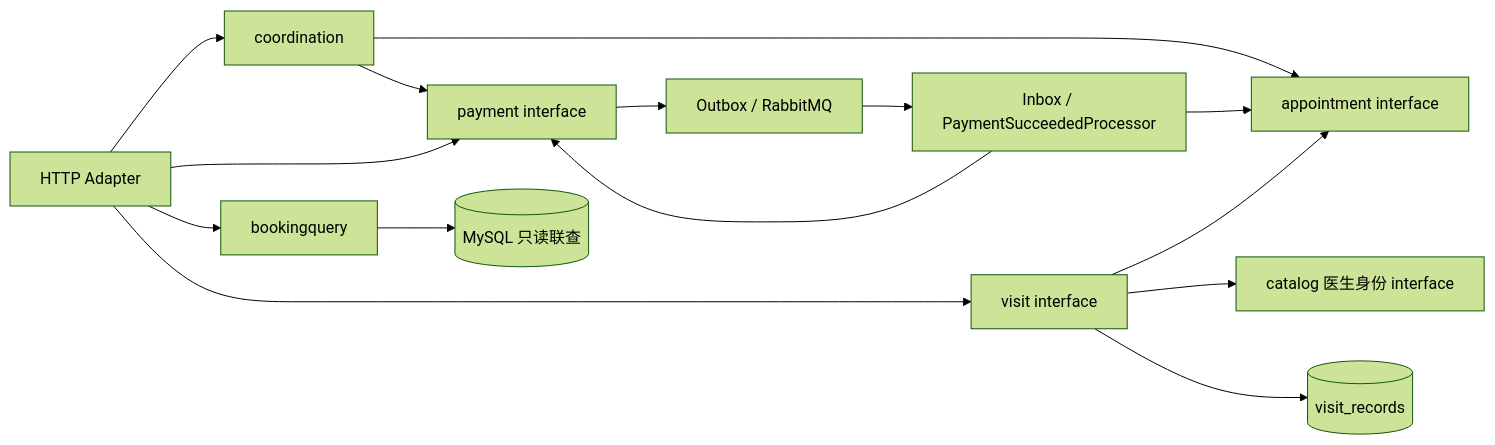
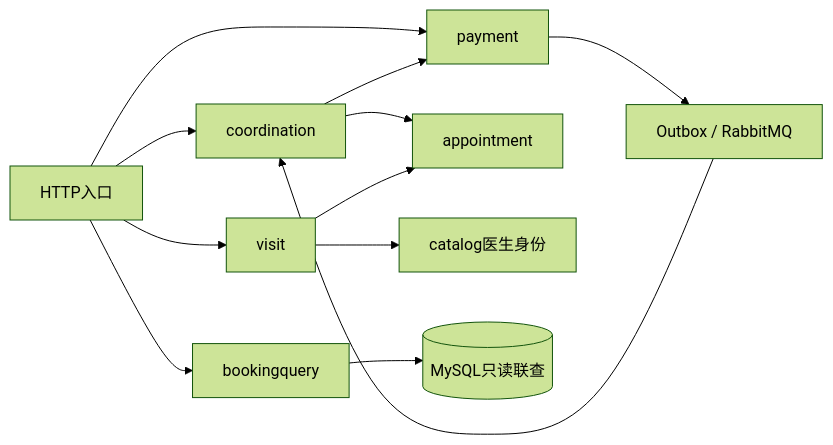
Before and after one commit to qsx-java321/appoint: the diagram in docs/module-design.md, drawn with Mermaid (forest theme). The commit also changed other lines of this file and 292 other files, not shown here.

````diff
--- a/docs/module-design.md
+++ b/docs/module-design.md
@@ -21,17 +20,14 @@
 ```mermaid
 flowchart LR
-    HTTP[HTTP Adapter] --> C[coordination]
-    HTTP --> P[payment interface]
+    HTTP[HTTP入口] --> C[coordination]
+    HTTP --> P[payment]
     HTTP --> Q[bookingquery]
-    HTTP --> V[visit interface]
-    V --> A
-    V --> D[catalog 医生身份 interface]
-    V --> VD[(visit_records)]
-    C --> A[appointment interface]
+    HTTP --> V[visit]
+    C --> A[appointment]
     C --> P
     P --> O[Outbox / RabbitMQ]
-    O --> I[Inbox / PaymentSucceededProcessor]
-    I --> A
-    I --> P
-    Q --> DB[(MySQL 只读联查)]
+    O --> C
+    V --> A
+    V --> D[catalog医生身份]
+    Q --> DB[(MySQL只读联查)]
 ```
````
